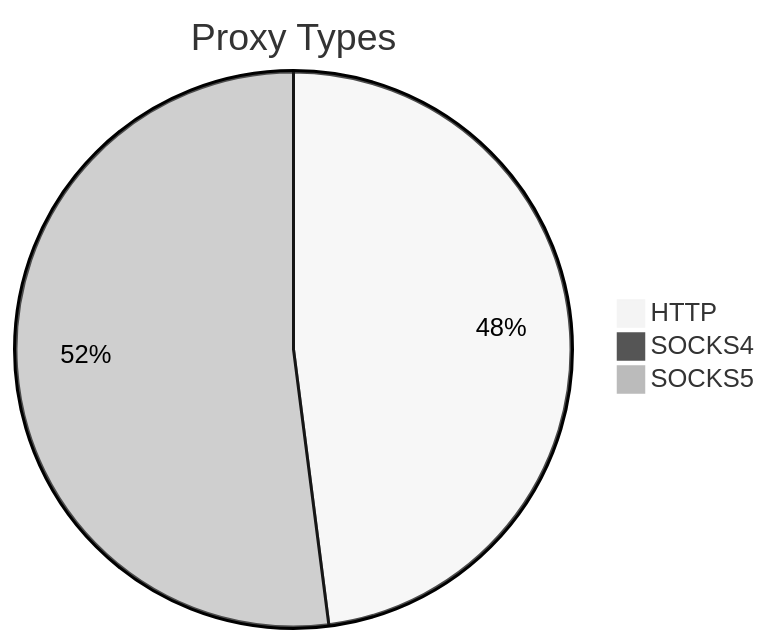
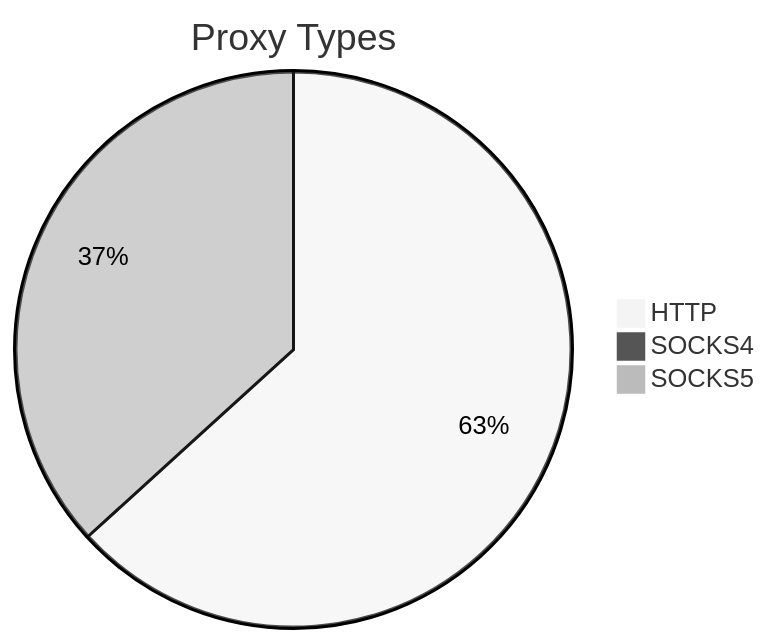
The first of 2 diagrams in README.md (stormsia/proxy-list), drawn with Mermaid (neutral theme) before and after one commit. The commit also changed other lines of this file, not shown here.

````diff
--- a/README.md
+++ b/README.md
@@ -21,6 +21,6 @@
 ```mermaid
 pie title Proxy Types
-    "HTTP" : 1310
-    "SOCKS4" : 18
-    "SOCKS5" : 1421
+    "HTTP" : 2716
+    "SOCKS4" : 26
+    "SOCKS5" : 1578
 ```
````
